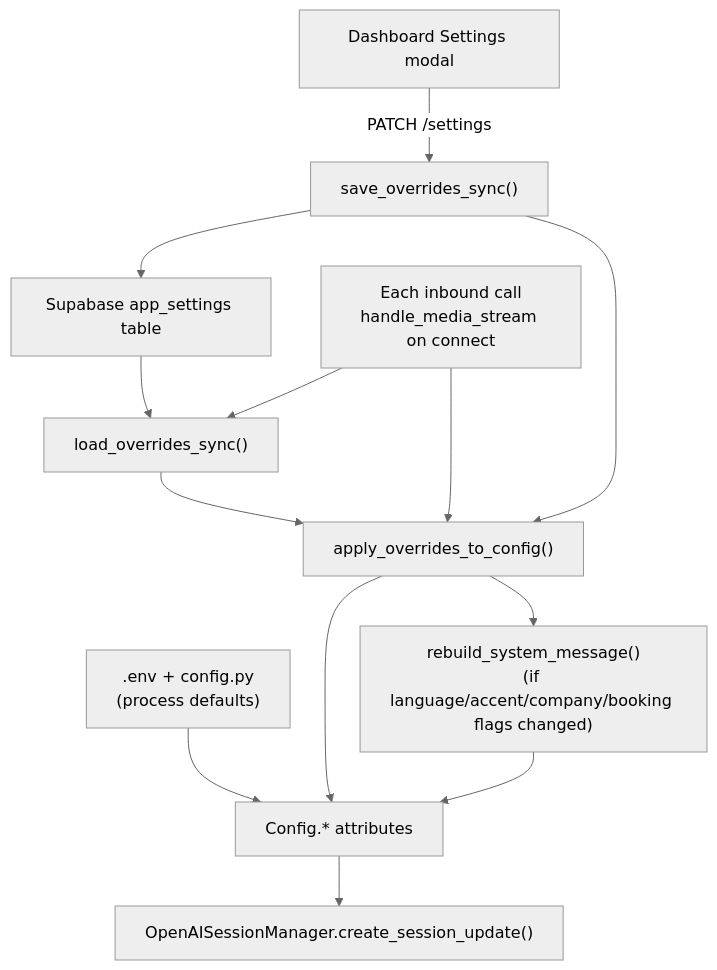
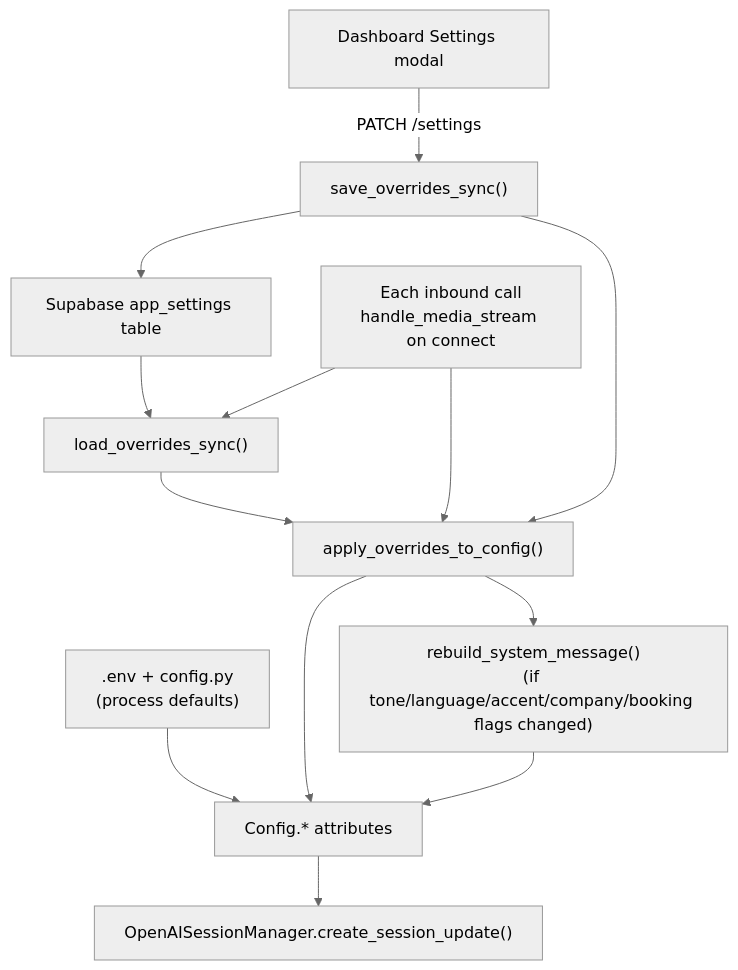
Diagram 19 of 22 in docs/DIAGRAMS.md (aymalkhalid/Starter-Agent-InBound-OutBound-Twilio-Speech-Assistant-OpenAi-Realtime-Api-Python), drawn with Mermaid (neutral theme) before and after one commit. The commit also changed other lines of this file and 45 other files, not shown here.

````diff
--- a/docs/DIAGRAMS.md
+++ b/docs/DIAGRAMS.md
@@ -749,24 +777,24 @@
 ```mermaid
 flowchart TD
     ENV[".env + config.py<br/>(process defaults)"]
     SB["Supabase app_settings table"]
     LOAD["load_overrides_sync()"]
     APPLY["apply_overrides_to_config()"]
     CFG["Config.* attributes"]
-    REBUILD["rebuild_system_message()<br/>(if language/accent/company/booking flags changed)"]
+    REBUILD["rebuild_system_message()<br/>(if tone/language/accent/company/booking flags changed)"]
     SESSION["OpenAISessionManager.create_session_update()"]
     CALL["Each inbound call<br/>handle_media_stream on connect"]
 
     ENV --> CFG
     SB --> LOAD --> APPLY --> CFG
     APPLY --> REBUILD
     REBUILD --> CFG
     CFG --> SESSION
 
     DASH["Dashboard Settings modal"] -->|PATCH /settings| SAVE["save_overrides_sync()"]
     SAVE --> SB
     SAVE --> APPLY
 
     CALL --> LOAD
     CALL --> APPLY
 ```
````
